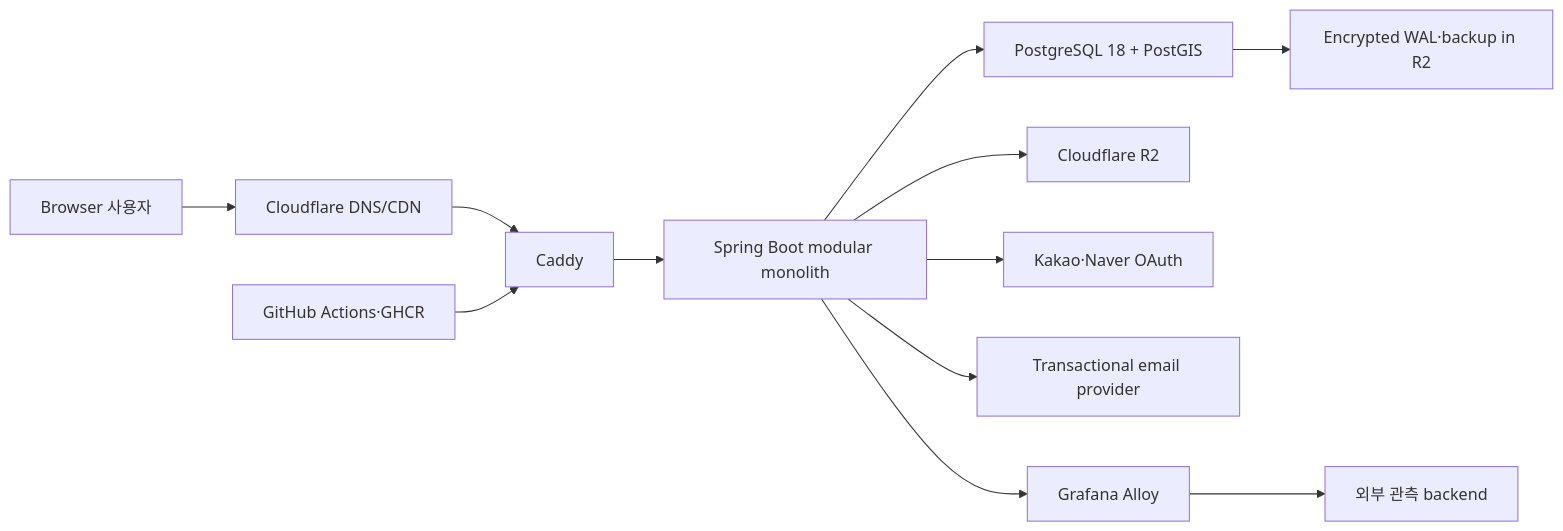
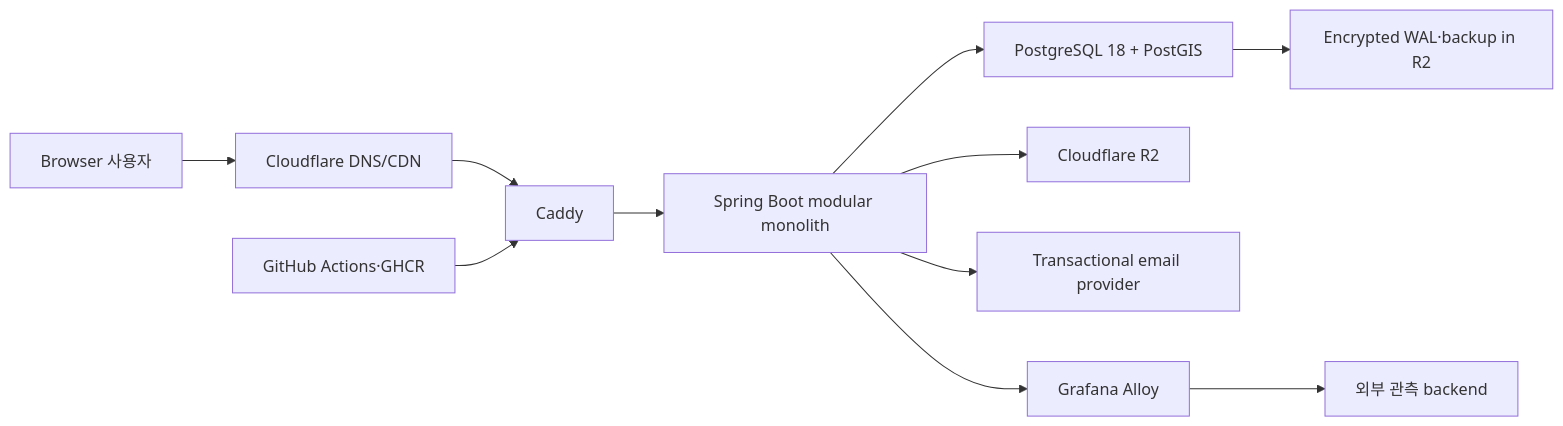
One commit to answndud/townpet-springboot changed the first of 5 diagrams in docs/TRD.md. Above: the diagram before and after it, drawn with Mermaid. The commit also changed other lines of this file and 11 other files, not shown here.

````diff
--- a/docs/TRD.md
+++ b/docs/TRD.md
@@ -32,14 +32,13 @@
 ```mermaid
 flowchart LR
     U["Browser 사용자"] --> CF["Cloudflare DNS/CDN"]
     CF --> C["Caddy"]
     C --> S["Spring Boot modular monolith"]
     S --> PG["PostgreSQL 18 + PostGIS"]
     S --> R2["Cloudflare R2"]
-    S --> OAUTH["Kakao·Naver OAuth"]
     S --> MAIL["Transactional email provider"]
     S --> OBS["Grafana Alloy"]
     OBS --> GC["외부 관측 backend"]
     GH["GitHub Actions·GHCR"] --> C
     PG --> B["Encrypted WAL·backup in R2"]
 ```
````
